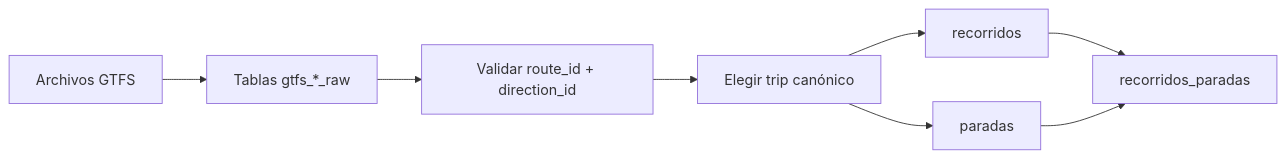
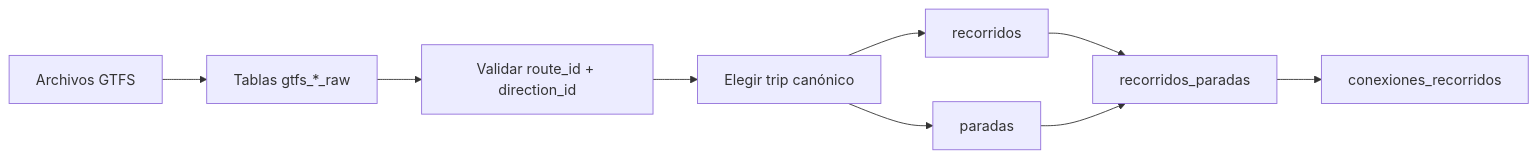
One commit to ManuelGarciaF/motor-vialis changed the third of 3 diagrams in sql/recorridos/README.md. Above: the diagram before and after it, drawn with Mermaid. The commit also changed other lines of this file and 38 other files, not shown here.

````diff
--- a/sql/recorridos/README.md
+++ b/sql/recorridos/README.md
@@ -227,10 +270,11 @@
 ```mermaid
 flowchart LR
     TXT["Archivos GTFS"] --> RAW["Tablas gtfs_*_raw"]
     RAW --> VALIDAR["Validar route_id + direction_id"]
     VALIDAR --> CANONICO["Elegir trip canónico"]
     CANONICO --> RECORRIDOS["recorridos"]
     CANONICO --> PARADAS["paradas"]
     RECORRIDOS --> UNION["recorridos_paradas"]
     PARADAS --> UNION
+    UNION --> CONEXIONES["conexiones_recorridos"]
 ```
````
